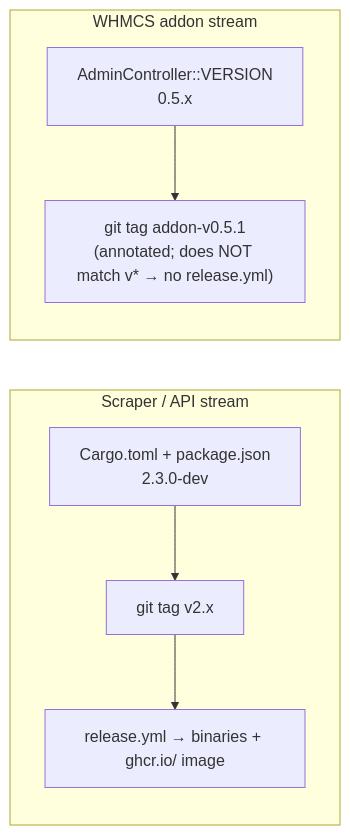
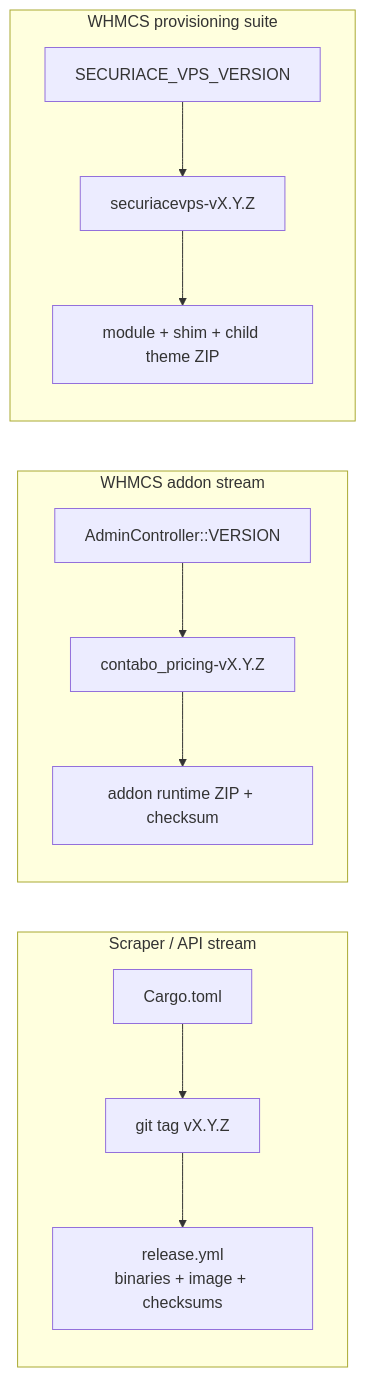
The fourth of 5 diagrams in README.md (securiace-dev/contabo-pricing-scraper), drawn with Mermaid before and after one commit. The commit also changed other lines of this file and 16 other files, not shown here.

Commit message:
chore(release): qualify the WHMCS-native suite

````diff
--- a/README.md
+++ b/README.md
@@ -233,9 +256,12 @@
 ```mermaid
 flowchart LR
   subgraph S["Scraper / API stream"]
-    SV["Cargo.toml + package.json\n2.3.0-dev"] --> ST["git tag v2.x"] --> SR["release.yml → binaries + ghcr.io/<repo> image"]
+    SV["Cargo.toml"] --> ST["git tag vX.Y.Z"] --> SR["release.yml\nbinaries + image + checksums"]
   end
   subgraph A["WHMCS addon stream"]
-    AV["AdminController::VERSION\n0.5.x"] --> AT["git tag addon-v0.5.1\n(annotated; does NOT match v* → no release.yml)"]
+    AV["AdminController::VERSION"] --> AT["contabo_pricing-vX.Y.Z"] --> AR["addon runtime ZIP + checksum"]
+  end
+  subgraph V["WHMCS provisioning suite"]
+    VV["SECURIACE_VPS_VERSION"] --> VT["securiacevps-vX.Y.Z"] --> VR["module + shim + child theme ZIP"]
   end
 ```
````
